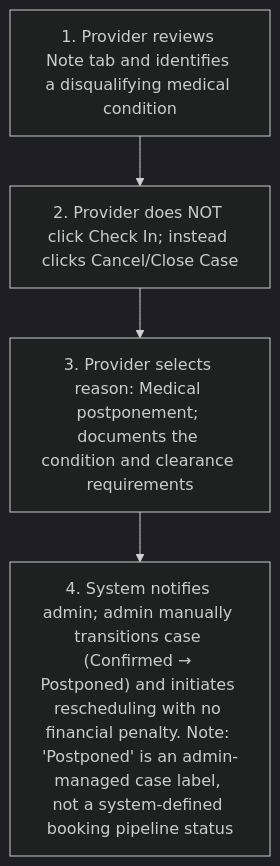
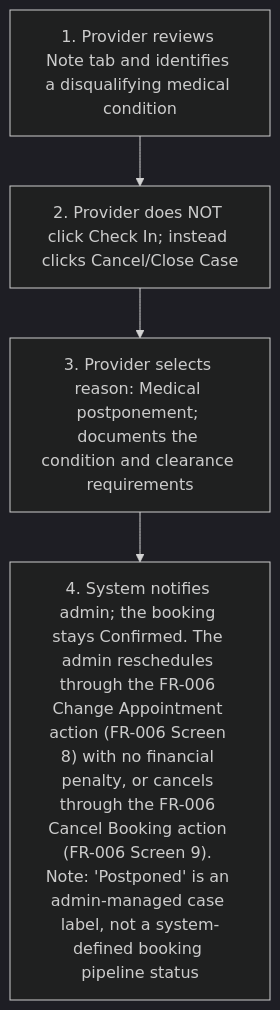
Before and after one commit to joachimtrungtuan/hairline-pm-docs: the fifth of 9 diagrams in project-requirements/functional-requirements/fr010-treatment-execution/prd.md, drawn with Mermaid (dark theme). The commit also changed other lines of this file and 13 other files, not shown here.

First line of the commit message:
docs(booking): add admin intervention flows and screens across booking FRs

````diff
--- a/project-requirements/functional-requirements/fr010-treatment-execution/prd.md
+++ b/project-requirements/functional-requirements/fr010-treatment-execution/prd.md
@@ -185,7 +185,7 @@
 ```mermaid
 flowchart TD
   B2S1["1. Provider reviews Note tab and identifies a disqualifying medical condition"] --> B2S2
   B2S2["2. Provider does NOT click Check In; instead clicks Cancel/Close Case"] --> B2S3
   B2S3["3. Provider selects reason: Medical postponement; documents the condition and clearance requirements"] --> B2S4
-  B2S4["4. System notifies admin; admin manually transitions case (Confirmed → Postponed) and initiates rescheduling with no financial penalty. Note: 'Postponed' is an admin-managed case label, not a system-defined booking pipeline status"]
+  B2S4["4. System notifies admin; the booking stays Confirmed. The admin reschedules through the FR-006 Change Appointment action (FR-006 Screen 8) with no financial penalty, or cancels through the FR-006 Cancel Booking action (FR-006 Screen 9). Note: 'Postponed' is an admin-managed case label, not a system-defined booking pipeline status"]
 ```
````
